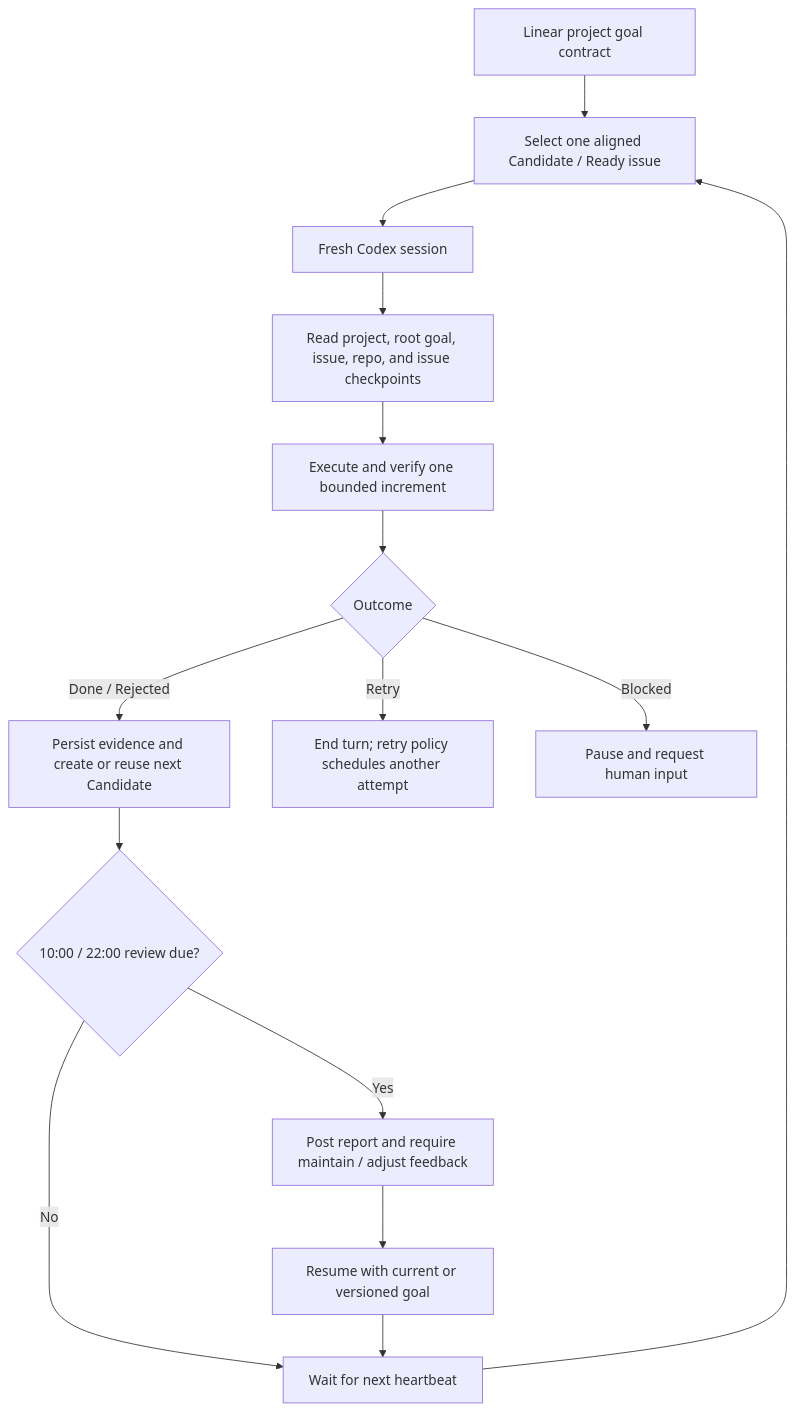
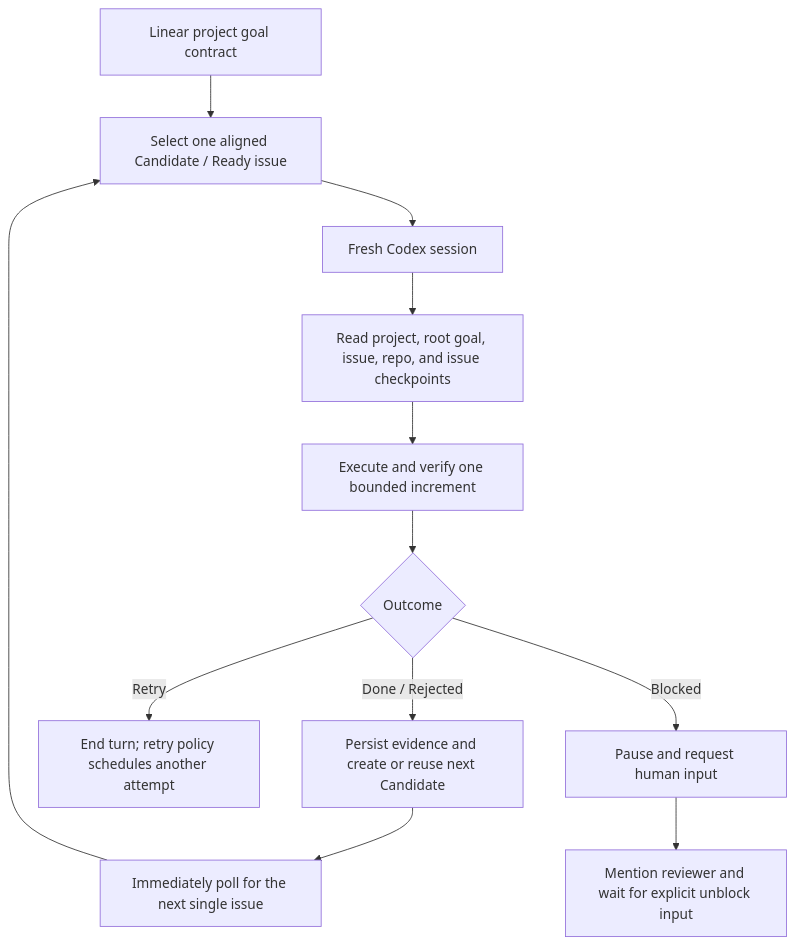
The diagram in README.md (djm07073/loophony), drawn with Mermaid before and after one commit. The commit also changed other lines of this file and 25 other files, not shown here.

````diff
--- a/README.md
+++ b/README.md
@@ -200,17 +206,14 @@
 ```mermaid
 flowchart TD
     A["Linear project goal contract"] --> B["Select one aligned Candidate / Ready issue"]
     B --> C["Fresh Codex session"]
     C --> D["Read project, root goal, issue, repo, and issue checkpoints"]
     D --> E["Execute and verify one bounded increment"]
     E --> F{"Outcome"}
     F -->|"Done / Rejected"| G["Persist evidence and create or reuse next Candidate"]
     F -->|"Retry"| H["End turn; retry policy schedules another attempt"]
     F -->|"Blocked"| I["Pause and request human input"]
-    G --> J{"10:00 / 22:00 review due?"}
-    J -->|"No"| K["Wait for next heartbeat"]
-    J -->|"Yes"| L["Post report and require maintain / adjust feedback"]
-    L --> M["Resume with current or versioned goal"]
-    M --> K
+    G --> K["Immediately poll for the next single issue"]
+    I --> L["Mention reviewer and wait for explicit unblock input"]
     K --> B
 ```
````
